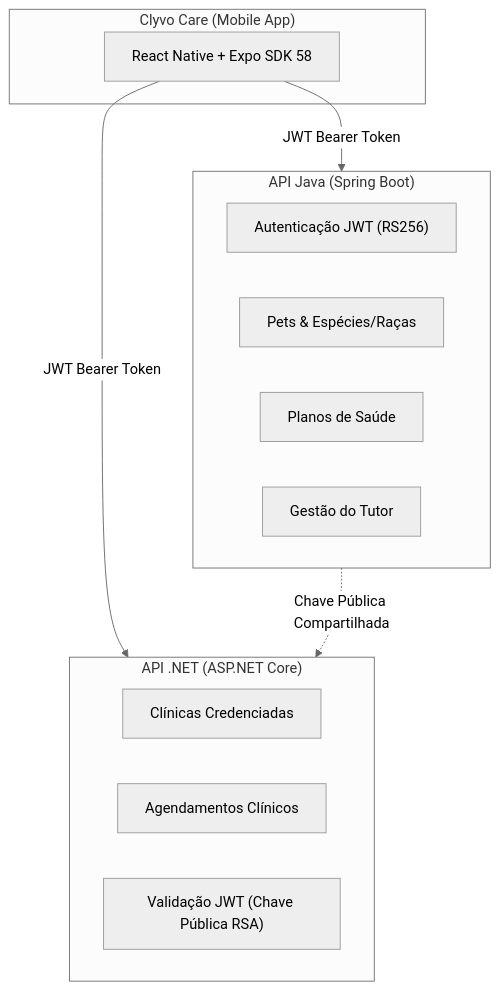
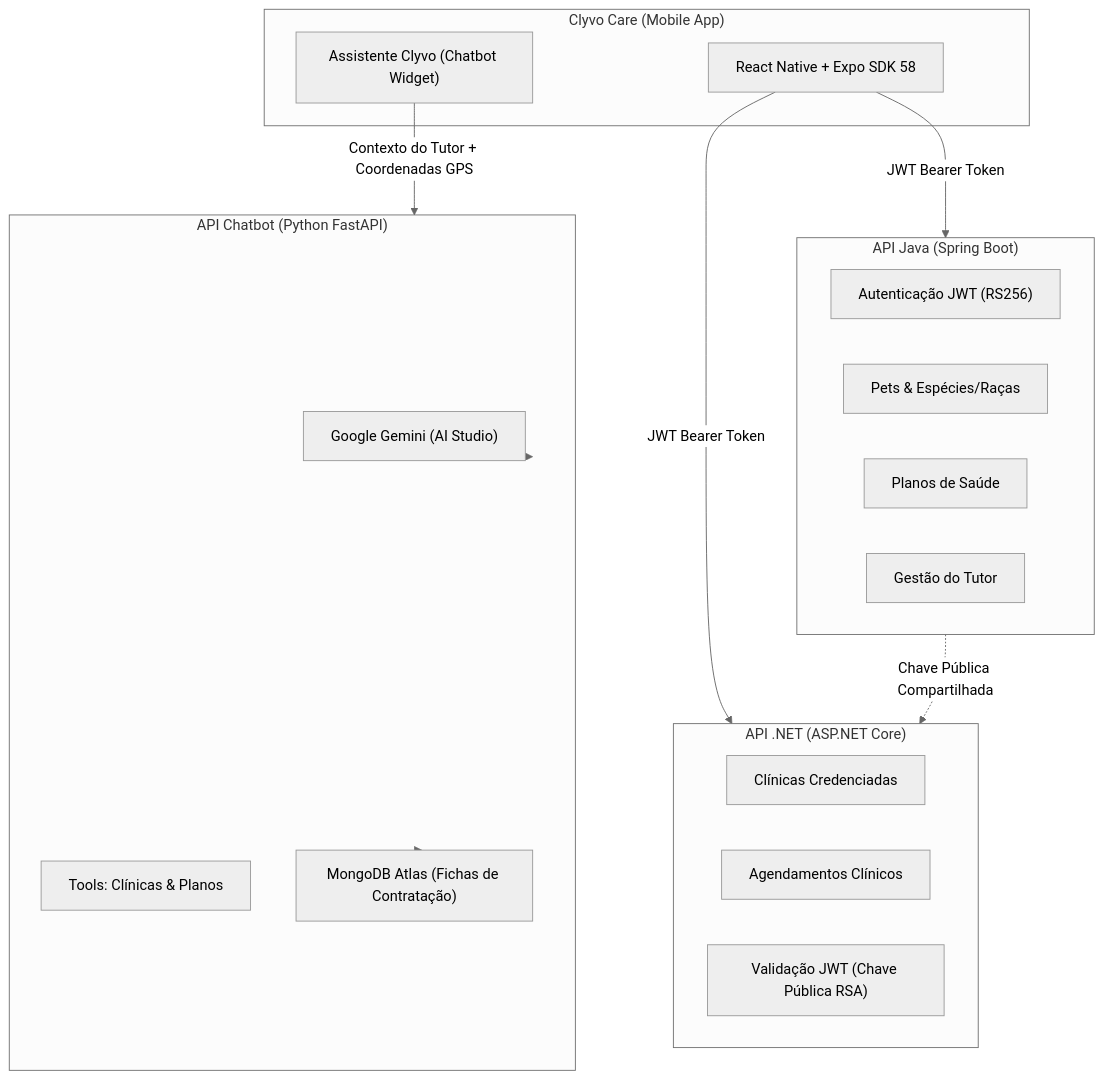
Before and after one commit to ClyvoPet-Challenge-2026/Clyvo-Care: the first of 2 diagrams in README.md, drawn with Mermaid (neutral theme). The commit also changed other lines of this file and 1 other file, not shown here.

Commit message:
docs: add chatbot api setup guide with google ai studio and fastpi instructions

````diff
--- a/README.md
+++ b/README.md
@@ -123,23 +128,33 @@
 ```mermaid
 flowchart TD
     subgraph Mobile ["Clyvo Care (Mobile App)"]
         UI["React Native + Expo SDK 58"]
+        ChatbotWidget["Assistente Clyvo (Chatbot Widget)"]
     end
 
     subgraph JavaAPI ["API Java (Spring Boot)"]
         JAuth["Autenticação JWT (RS256)"]
         JPets["Pets & Espécies/Raças"]
         JPlans["Planos de Saúde"]
         JOwner["Gestão do Tutor"]
     end
 
     subgraph DotnetAPI ["API .NET (ASP.NET Core)"]
         DClinics["Clínicas Credenciadas"]
         DAppointments["Agendamentos Clínicos"]
         DJwt["Validação JWT (Chave Pública RSA)"]
     end
 
+    subgraph ChatbotAPI ["API Chatbot (Python FastAPI)"]
+        Gemini["Google Gemini (AI Studio)"]
+        Tools["Tools: Clínicas & Planos"]
+        Mongo["MongoDB Atlas (Fichas de Contratação)"]
+    end
+
     UI -->|JWT Bearer Token| JavaAPI
     UI -->|JWT Bearer Token| DotnetAPI
     JavaAPI -.->|Chave Pública Compartilhada| DotnetAPI
+    ChatbotWidget -->|Contexto do Tutor + Coordenadas GPS| ChatbotAPI
+    ChatbotAPI --> Gemini
+    ChatbotAPI --> Mongo
 ```
````
